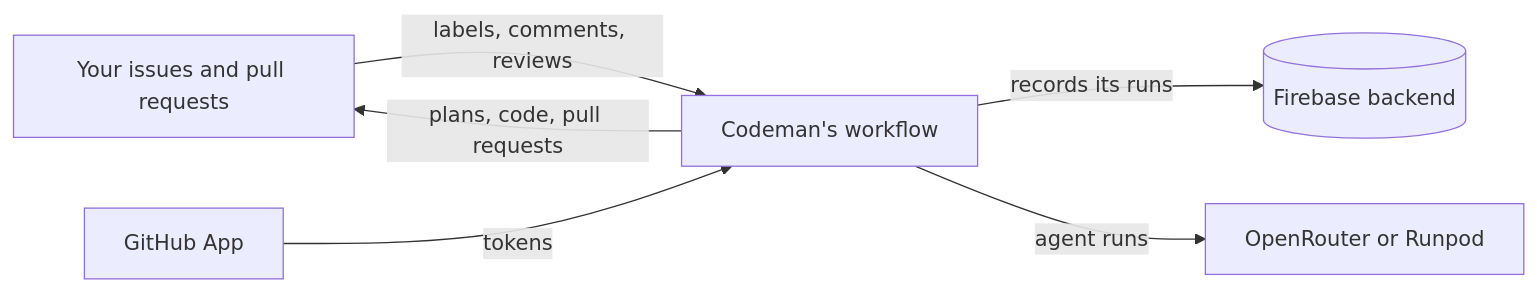
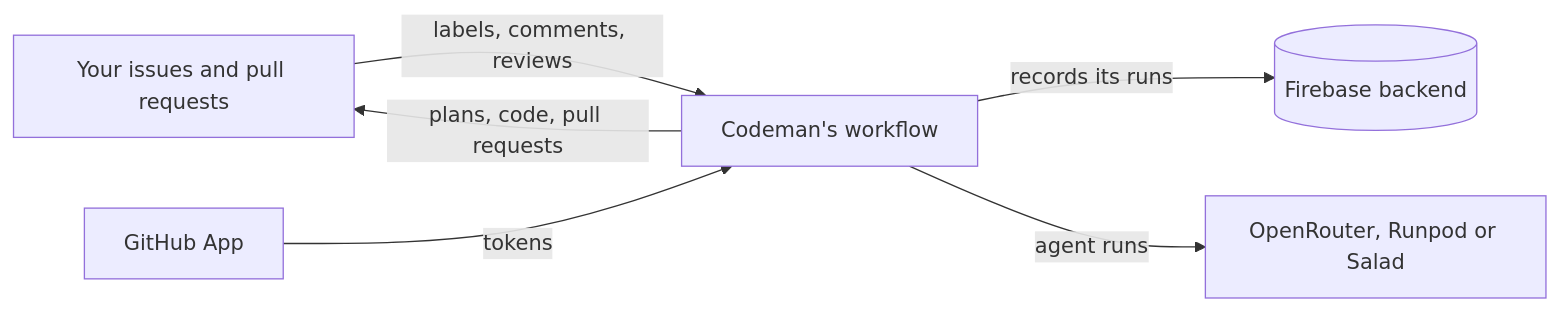
One commit to codenergy-dev/codeman changed the diagram in README.md. Above: the diagram before and after it, drawn with Mermaid. The commit also changed other lines of this file and 25 other files, not shown here.

````diff
--- a/README.md
+++ b/README.md
@@ -53,8 +53,8 @@
 ```mermaid
 flowchart LR
   issues["Your issues and pull requests"] -->|"labels, comments, reviews"| workflow["Codeman's workflow"]
   app["GitHub App"] -->|tokens| workflow
   workflow -->|"plans, code, pull requests"| issues
   workflow -->|"records its runs"| backend[("Firebase backend")]
-  workflow -->|"agent runs"| models["OpenRouter or Runpod"]
+  workflow -->|"agent runs"| models["OpenRouter, Runpod or Salad"]
 ```
````
